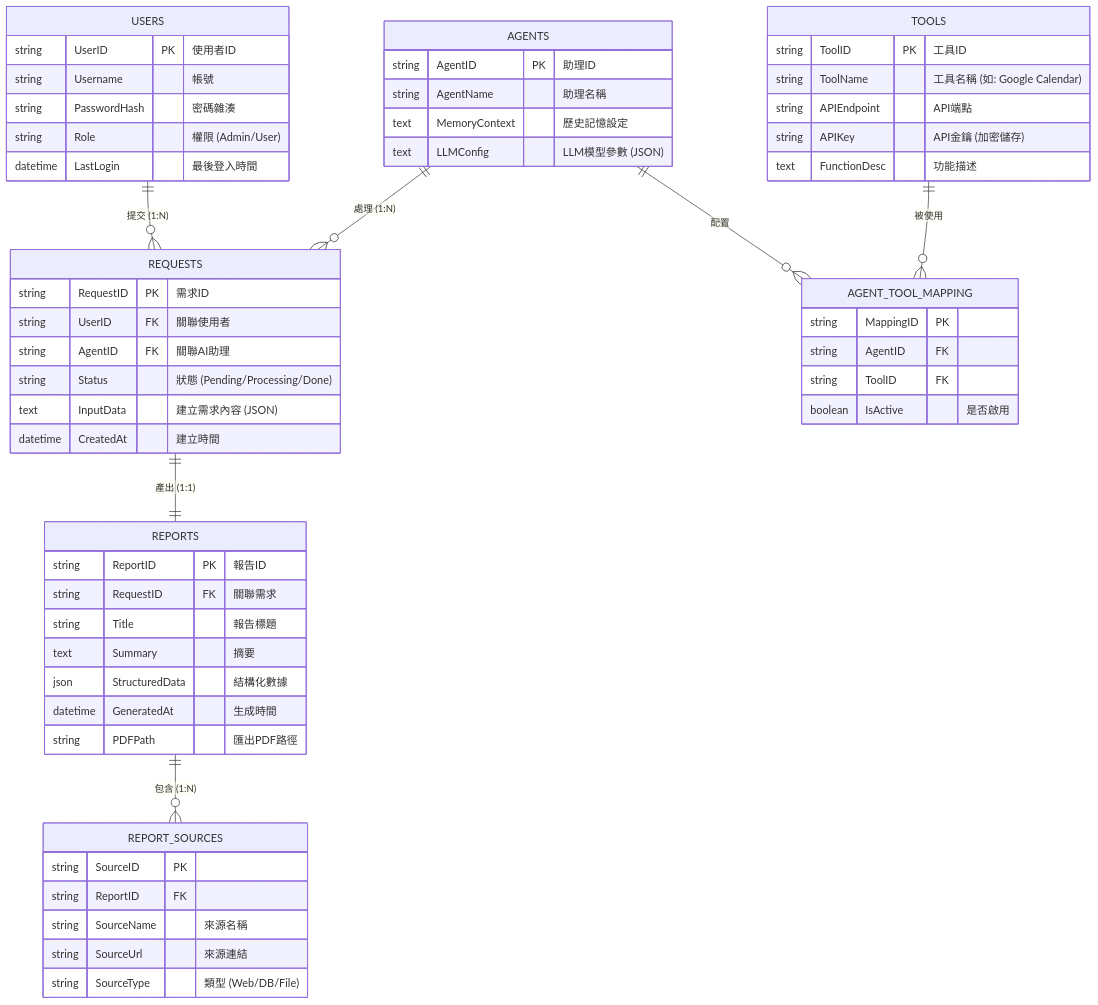
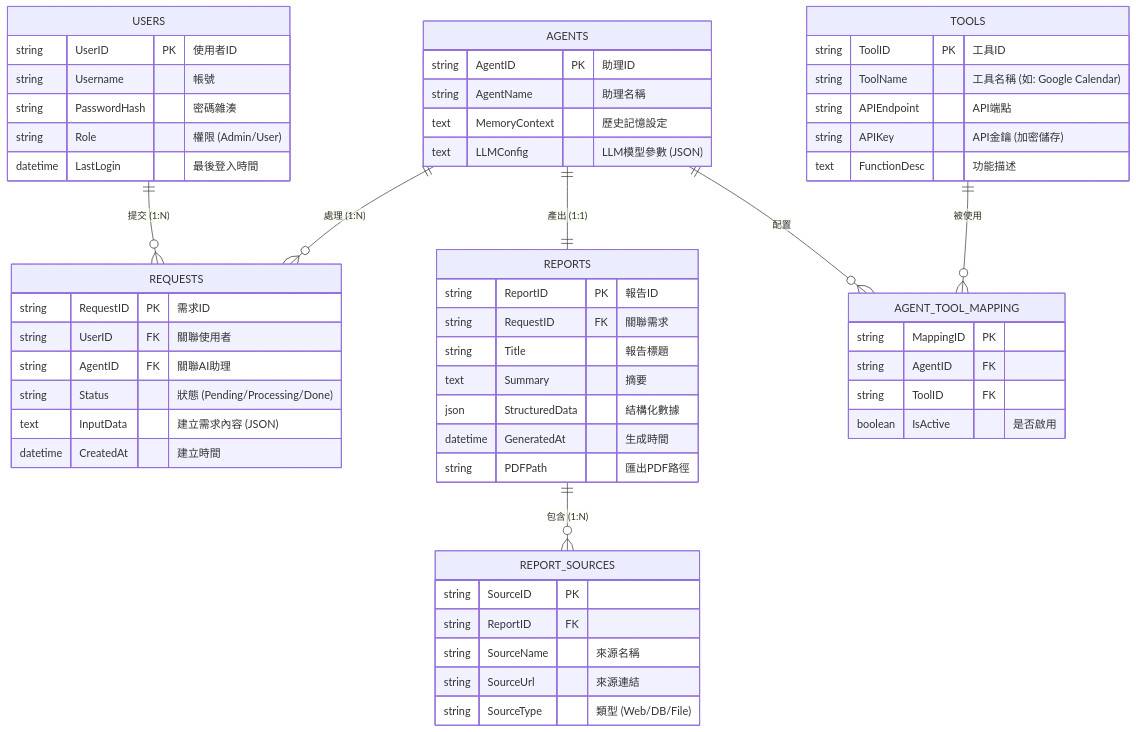
The diagram in hw7.md (zombie942018/groupwork), drawn with Mermaid before and after one commit.

Commit message:
Fix relationship definition for AGENTS and REPORTS

````diff
--- a/hw7.md
+++ b/hw7.md
@@ -4,76 +4,76 @@
 ```mermaid
 erDiagram
     %% 1. 使用者資料表
     USERS {
         string UserID PK "使用者ID"
         string Username "帳號"
         string PasswordHash "密碼雜湊"
         string Role "權限 (Admin/User)"
         datetime LastLogin "最後登入時間"
     }
 
     %% 2. 需求資料表 (連接使用者與AI)
     REQUESTS {
         string RequestID PK "需求ID"
         string UserID FK "關聯使用者"
         string AgentID FK "關聯AI助理"
         string Status "狀態 (Pending/Processing/Done)"
         text InputData "建立需求內容 (JSON)"
         datetime CreatedAt "建立時間"
     }
 
     %% 3. AI助理設定表
     AGENTS {
         string AgentID PK "助理ID"
         string AgentName "助理名稱"
         text MemoryContext "歷史記憶設定"
         text LLMConfig "LLM模型參數 (JSON)"
     }
 
     %% 4. 外部工具表
     TOOLS {
         string ToolID PK "工具ID"
         string ToolName "工具名稱 (如: Google Calendar)"
         string APIEndpoint "API端點"
         string APIKey "API金鑰 (加密儲存)"
         text FunctionDesc "功能描述"
     }
 
     %% 5. 分析報告表
     REPORTS {
         string ReportID PK "報告ID"
         string RequestID FK "關聯需求"
         string Title "報告標題"
         text Summary "摘要"
         json StructuredData "結構化數據"
         datetime GeneratedAt "生成時間"
         string PDFPath "匯出PDF路徑"
     }
 
     %% 6. [組合實體] 助理工具關聯表 (解決 AI與工具的 M:N 關係)
     AGENT_TOOL_MAPPING {
         string MappingID PK
         string AgentID FK
         string ToolID FK
         boolean IsActive "是否啟用"
     }
 
     %% 7. [組合實體] 報告來源明細表 (解決報告中 資料來源 List 的儲存)
     REPORT_SOURCES {
         string SourceID PK
         string ReportID FK
         string SourceName "來源名稱"
         string SourceUrl "來源連結"
         string SourceType "類型 (Web/DB/File)"
     }
 
     %% 關聯線定義
     USERS ||--o{ REQUESTS : "提交 (1:N)"
     AGENTS ||--o{ REQUESTS : "處理 (1:N)"
-    REQUESTS ||--|| REPORTS : "產出 (1:1)"
+    AGENTS ||--|| REPORTS : "產出 (1:1)"
     
     AGENTS ||--o{ AGENT_TOOL_MAPPING : "配置"
     TOOLS ||--o{ AGENT_TOOL_MAPPING : "被使用"
     
     REPORTS ||--o{ REPORT_SOURCES : "包含 (1:N)"
 ```
````
